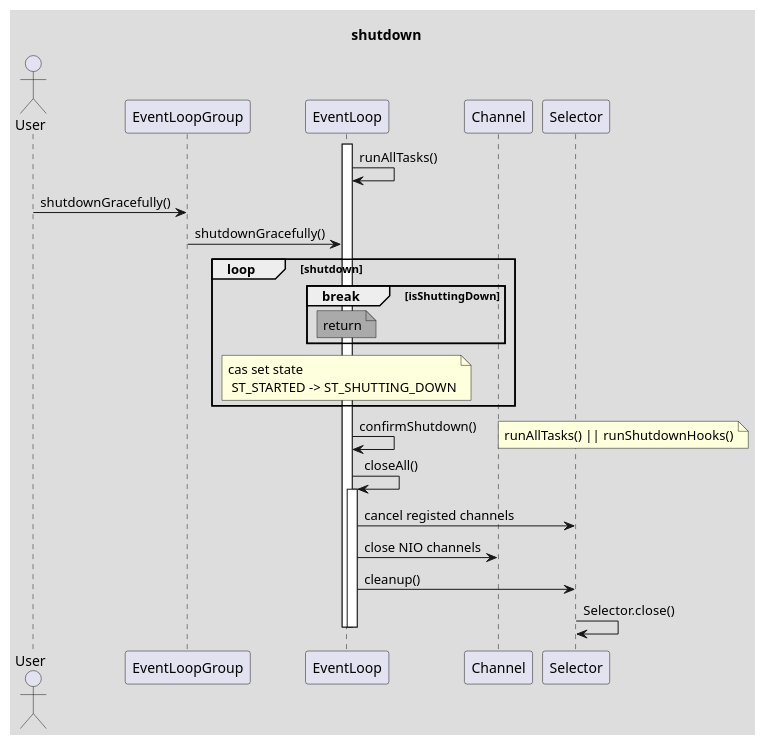
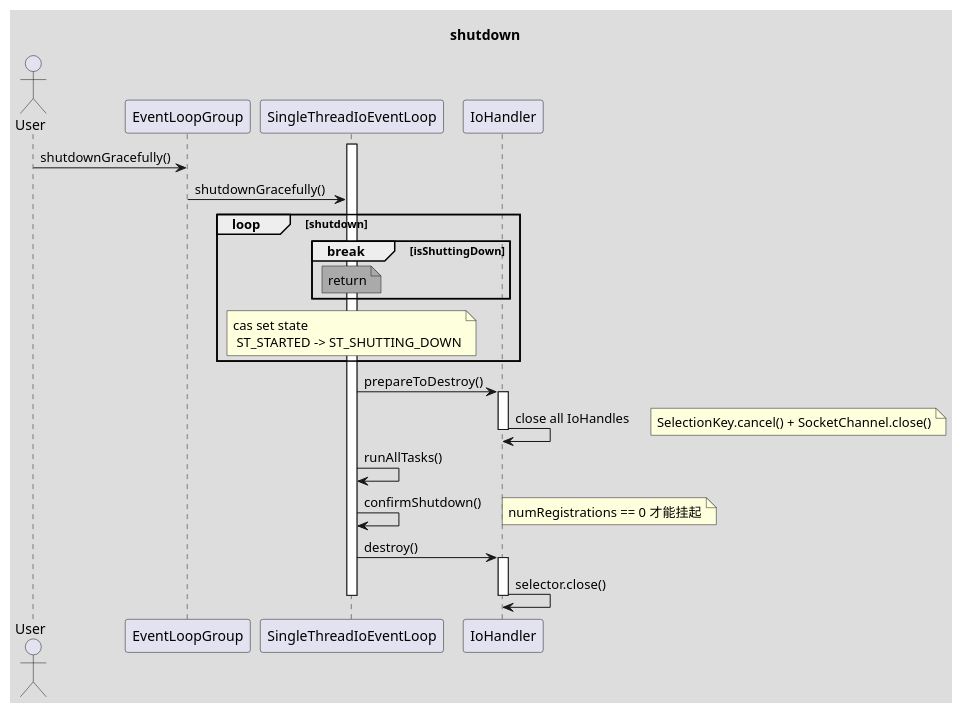
Before and after one commit to Robinpig/Note: the fifth of 5 diagrams in docs/CS/Framework/Netty/Netty.md, drawn with PlantUML. The commit also changed other lines of this file and 31 other files, not shown here.

````diff
--- a/docs/CS/Framework/Netty/Netty.md
+++ b/docs/CS/Framework/Netty/Netty.md
@@ -837,31 +712,31 @@
 ```plantuml
 skinparam backgroundColor #DDDDDD
 
 title: shutdown
 actor User
 participant EventLoopGroup as eg
-participant EventLoop as el
+participant SingleThreadIoEventLoop as el
+participant IoHandler as ih
 activate el
-el -> el: runAllTasks()
 User -> eg: shutdownGracefully()
 eg -> el: shutdownGracefully()
 loop shutdown
-
     break isShuttingDown
         note over el #AAAAAA: return
     end
     note over el: cas set state \n ST_STARTED -> ST_SHUTTING_DOWN
 end
+el -> ih: prepareToDestroy()
+activate ih
+ih -> ih: close all IoHandles
+note right: SelectionKey.cancel() + SocketChannel.close()
+deactivate ih
+el -> el: runAllTasks()
 el -> el: confirmShutdown()
-note right: runAllTasks() || runShutdownHooks()
-el -> el: closeAll()
-activate el
-participant Channel as ch
-participant Selector as se
-el -> se: cancel registed channels
-el -> ch: close NIO channels
-el -> se: cleanup()
-se -> se: Selector.close()
-deactivate el
+note right: numRegistrations == 0 才能挂起
+el -> ih: destroy()
+activate ih
+ih -> ih: selector.close()
+deactivate ih
 deactivate el
 ```
````
